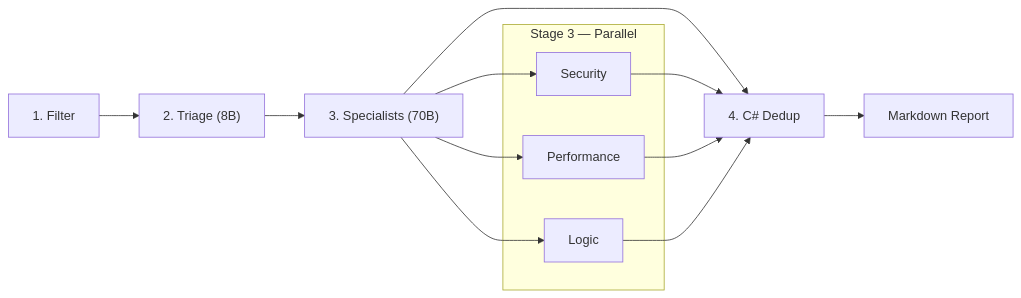
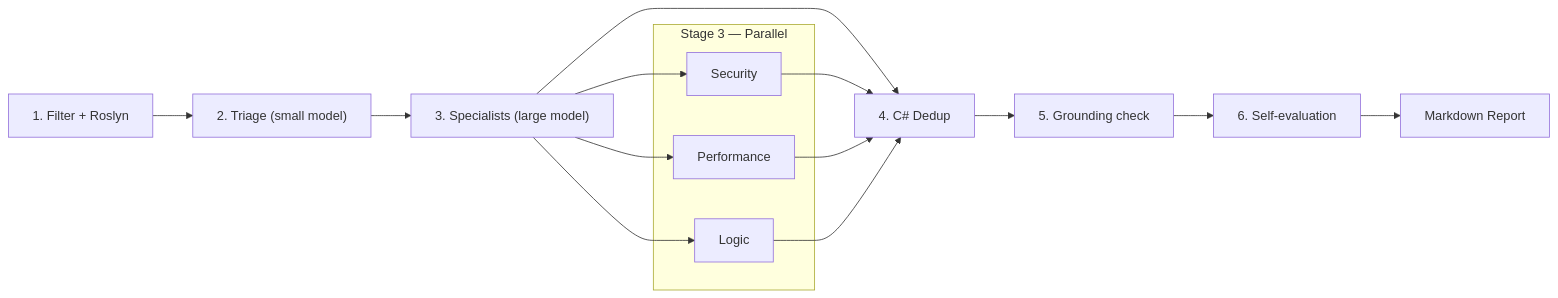
The second of 8 diagrams in README.md (bhavyananda17/multi_agent_code_review_mcpserver), drawn with Mermaid before and after one commit. The commit also changed other lines of this file and 6 other files, not shown here.

````diff
--- a/README.md
+++ b/README.md
@@ -108,20 +117,22 @@
 ```mermaid
 graph LR
-    A["1. Filter"] --> B["2. Triage (8B)"]
-    B --> C["3. Specialists (70B)"]
+    A["1. Filter + Roslyn"] --> B["2. Triage (small model)"]
+    B --> C["3. Specialists (large model)"]
     C --> D["4. C# Dedup"]
-    D --> Report["Markdown Report"]
+    D --> G["5. Grounding check"]
+    G --> E["6. Self-evaluation"]
+    E --> Report["Markdown Report"]
 
     subgraph "Stage 3 — Parallel"
         C1[Security]
         C2[Performance]
         C3[Logic]
     end
 
     C --> C1
     C --> C2
     C --> C3
     C1 --> D
     C2 --> D
     C3 --> D
 ```
````
